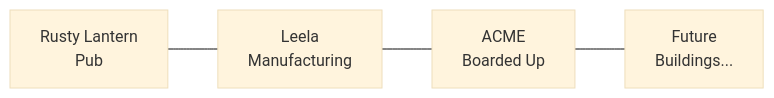
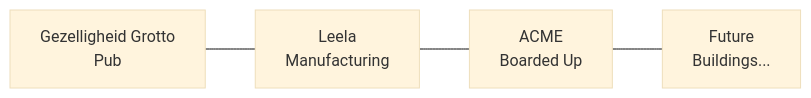
Before and after one commit to SimHacker/moollm: the tenth of 16 diagrams in examples/adventure-4/characters/real-people/don-hopkins/sessions/world-tour-leela.md, drawn with Mermaid (base theme). The commit also changed other lines of this file and 202 other files, not shown here.

````diff
--- a/examples/adventure-4/characters/real-people/don-hopkins/sessions/world-tour-leela.md
+++ b/examples/adventure-4/characters/real-people/don-hopkins/sessions/world-tour-leela.md
@@ -1349,11 +1349,11 @@
 ```mermaid
 flowchart LR
-    PUB[Rusty Lantern<br/>Pub]
+    PUB[Gezelligheid Grotto<br/>Pub]
     LEELA[Leela<br/>Manufacturing]
     ACME[ACME<br/>Boarded Up]
     FUTURE[Future<br/>Buildings...]
     
     PUB --- LEELA
     LEELA --- ACME
     ACME --- FUTURE
 ```
````
